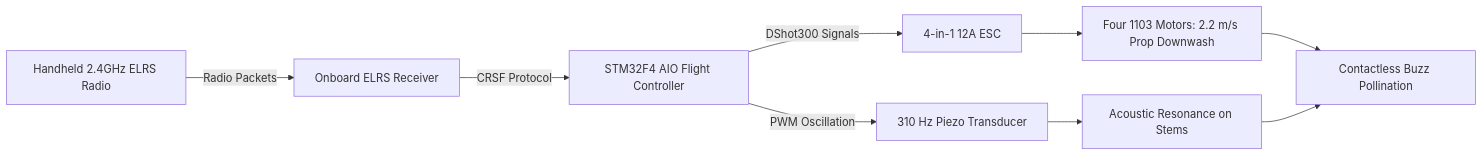
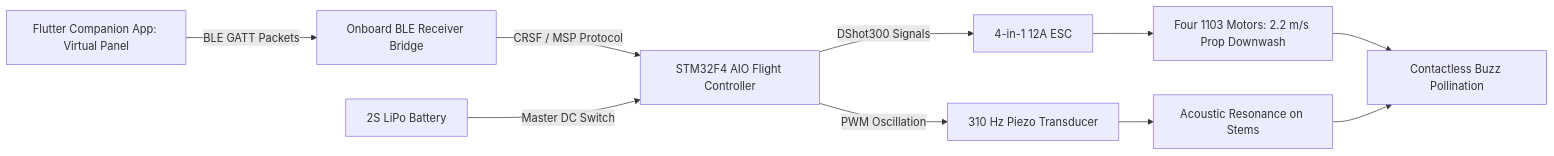
One commit to SamSoupSauce/open-biosphere changed the second of 3 diagrams in src/content/docs/hardware/aerial-pollination-drone.mdx. Above: the diagram before and after it, drawn with Mermaid. The commit also changed other lines of this file and 14 other files, not shown here.

Commit message:
feat(rfc-0005): implement hardware interlocks & BLE virtual interface standard across machine catalog

````diff
--- a/src/content/docs/hardware/aerial-pollination-drone.mdx
+++ b/src/content/docs/hardware/aerial-pollination-drone.mdx
@@ -210,10 +225,11 @@
 ```mermaid
 flowchart LR
-    A[Handheld 2.4GHz ELRS Radio] -->|Radio Packets| B[Onboard ELRS Receiver]
-    B -->|CRSF Protocol| C[STM32F4 AIO Flight Controller]
-    C -->|DShot300 Signals| D[4-in-1 12A ESC]
-    C -->|PWM Oscillation| E[310 Hz Piezo Transducer]
-    D --> F[Four 1103 Motors: 2.2 m/s Prop Downwash]
-    E --> G[Acoustic Resonance on Stems]
-    F & G --> H[Contactless Buzz Pollination]
+    A[Flutter Companion App: Virtual Panel] -->|BLE GATT Packets| B[Onboard BLE Receiver Bridge]
+    B -->|CRSF / MSP Protocol| C[STM32F4 AIO Flight Controller]
+    D[2S LiPo Battery] -->|Master DC Switch| C
+    C -->|DShot300 Signals| E[4-in-1 12A ESC]
+    C -->|PWM Oscillation| F[310 Hz Piezo Transducer]
+    E --> G[Four 1103 Motors: 2.2 m/s Prop Downwash]
+    F --> H[Acoustic Resonance on Stems]
+    G & H --> I[Contactless Buzz Pollination]
 ```
````
